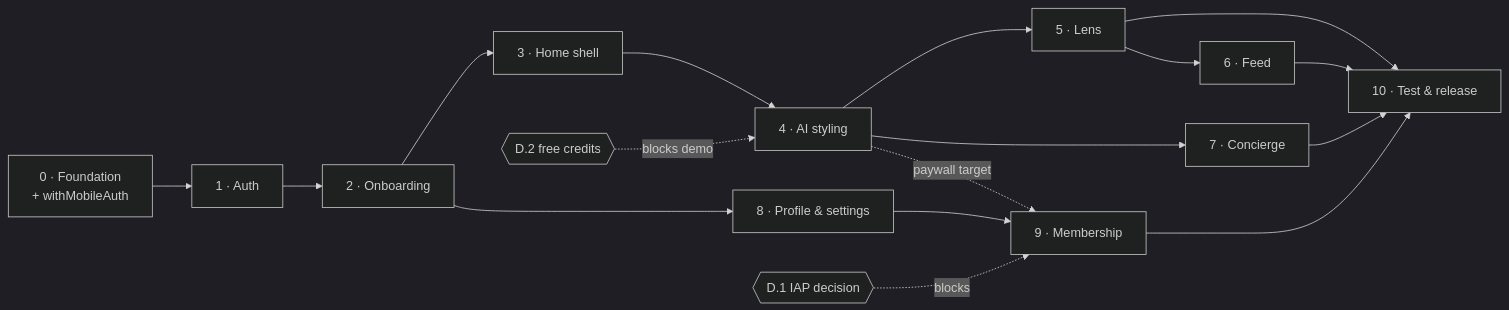
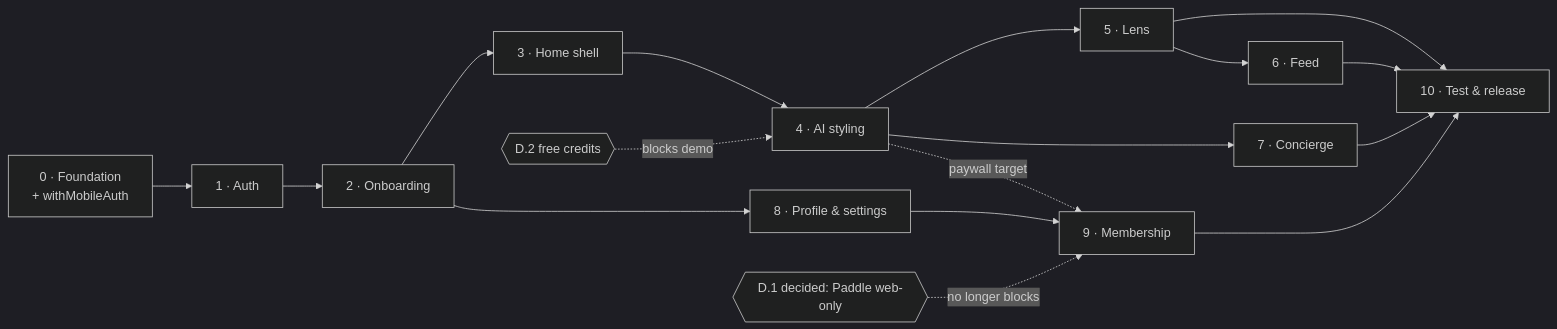
One commit to NXT-Official/MILA_MOBILE changed the fourth of 4 diagrams in docs/mobile-architecture.md. Above: the diagram before and after it, drawn with Mermaid (dark theme). The commit also changed other lines of this file and 46 other files, not shown here.

````diff
--- a/docs/mobile-architecture.md
+++ b/docs/mobile-architecture.md
@@ -3943,19 +3968,19 @@
 ```mermaid
 flowchart LR
   P0["0 · Foundation<br/>+ withMobileAuth"] --> P1["1 · Auth"]
   P1 --> P2["2 · Onboarding"]
   P2 --> P3["3 · Home shell"]
   P3 --> P4["4 · AI styling"]
   P4 --> P5["5 · Lens"]
   P5 --> P6["6 · Feed"]
   P4 --> P7["7 · Concierge"]
   P2 --> P8["8 · Profile & settings"]
   P4 -.->|"paywall target"| P9["9 · Membership"]
   P8 --> P9
   P5 --> P10["10 · Test & release"]
   P6 --> P10
   P7 --> P10
   P9 --> P10
-  D1{{"D.1 IAP decision"}} -.->|blocks| P9
+  D1{{"D.1 decided: Paddle web-only"}} -.->|"no longer blocks"| P9
   D2{{"D.2 free credits"}} -.->|blocks demo| P4
 ```
````
